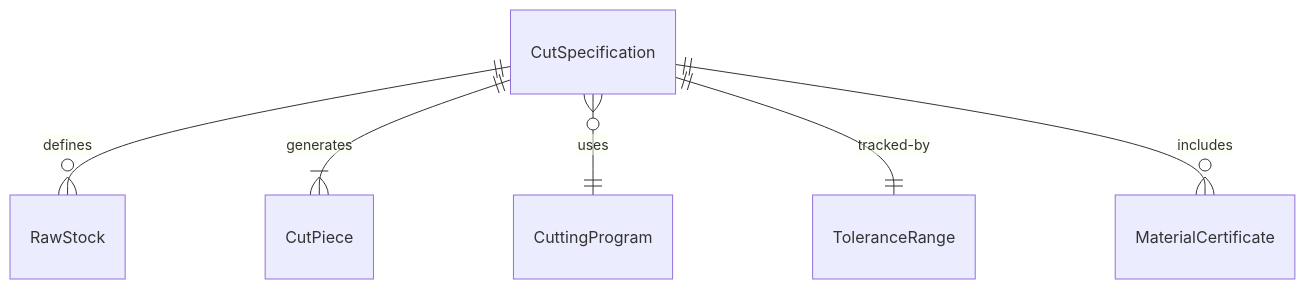
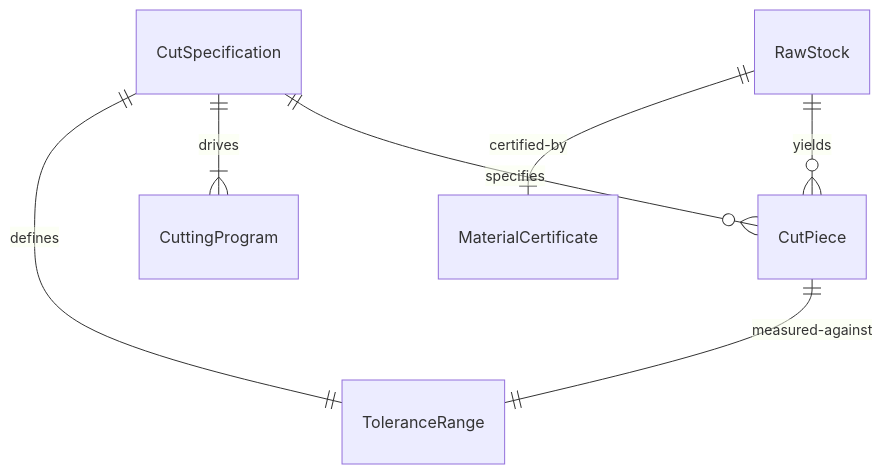
The first of 4 diagrams in HandlingAndMovingObjects/CutMaterials/CutMaterialsAccordingSpecificationsNeeds.mdx (dot-org-ai/tasks.org.ai), drawn with Mermaid before and after one commit. The commit also changed other lines of this file and 515 other files, not shown here.

````diff
--- a/HandlingAndMovingObjects/CutMaterials/CutMaterialsAccordingSpecificationsNeeds.mdx
+++ b/HandlingAndMovingObjects/CutMaterials/CutMaterialsAccordingSpecificationsNeeds.mdx
@@ -87,8 +87,9 @@
 ```mermaid
 erDiagram
-    CutSpecification ||--o{ RawStock : "defines"
-    CutSpecification ||--|{ CutPiece : "generates"
-    CutSpecification }o--|| CuttingProgram : "uses"
-    CutSpecification ||--|| ToleranceRange : "tracked-by"
-    CutSpecification ||--o{ MaterialCertificate : "includes"
+    CutSpecification ||--|| ToleranceRange : "defines"
+    CutSpecification ||--|{ CuttingProgram : "drives"
+    RawStock ||--|| MaterialCertificate : "certified-by"
+    RawStock ||--o{ CutPiece : "yields"
+    CutPiece ||--|| ToleranceRange : "measured-against"
+    CutSpecification ||--o{ CutPiece : "specifies"
 ```
````
